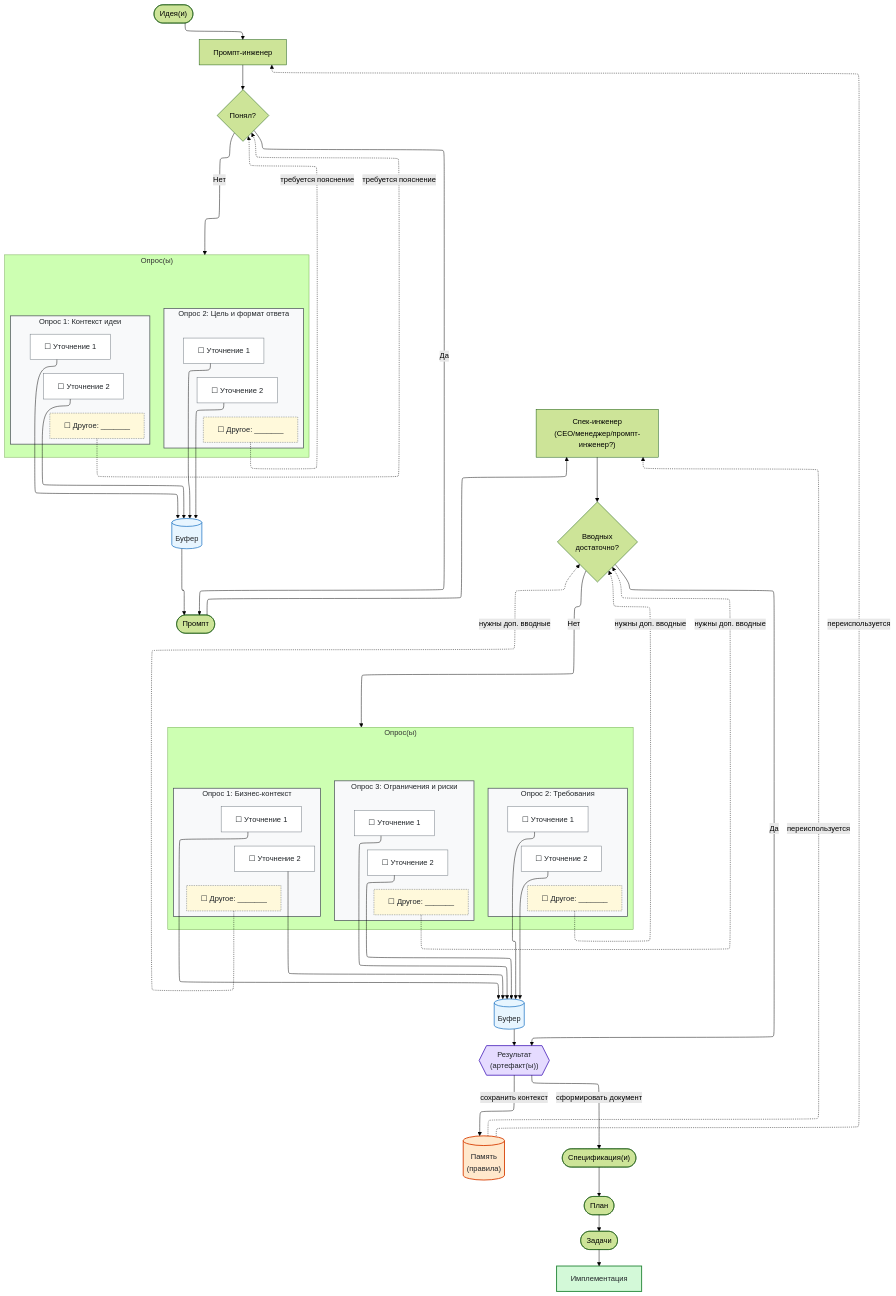
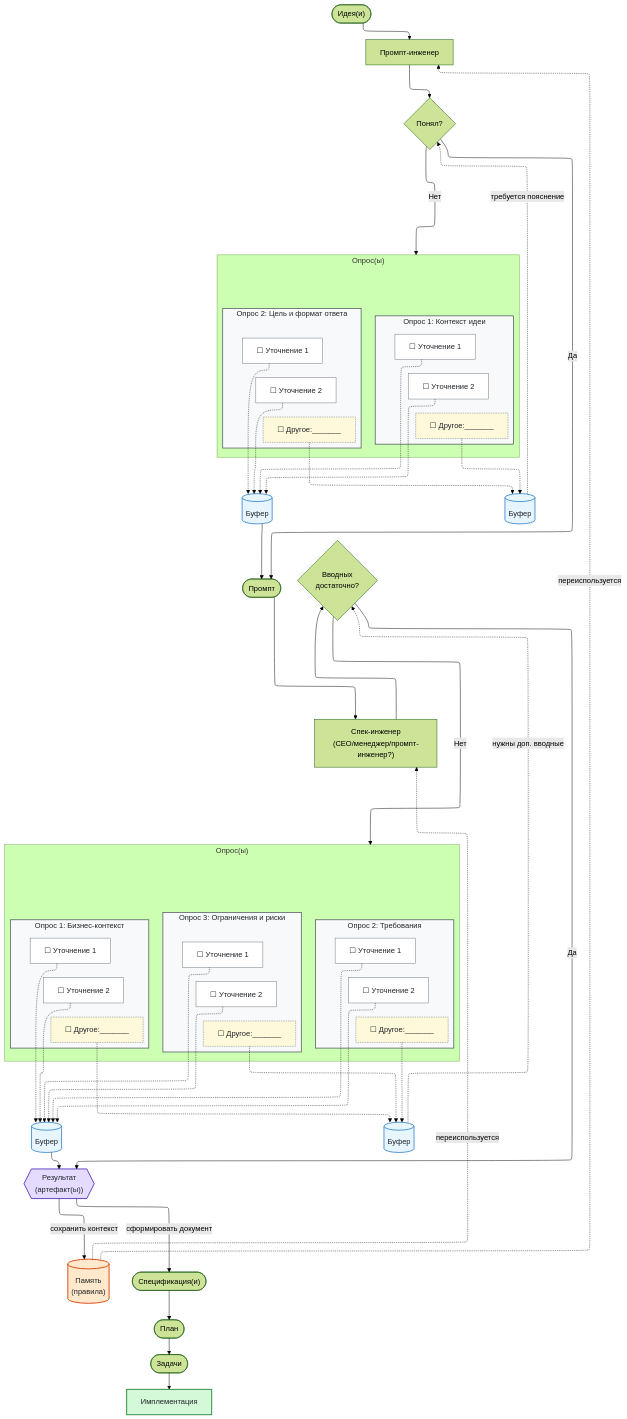
The diagram in .drafts/блок-схема.md (teratron/magic-spec), drawn with Mermaid (forest theme) before and after one commit. The commit also changed 1 other file, not shown here.

Commit message:
fix: Update flowchart prompts for clarity and consistency

```diff
--- a/.drafts/блок-схема.md
+++ b/.drafts/блок-схема.md
@@ -21,7 +21,7 @@
             direction TB
             p1a["☐ Уточнение 1"]
             p1b["☐ Уточнение 2"]
-            p1x["☐ Другое: _______"]
+            p1x["☐ Другое:_______"]
             p1a ~~~ p1b
             p1b ~~~ p1x
         end
@@ -30,7 +30,7 @@
             direction TB
             p2a["☐ Уточнение 1"]
             p2b["☐ Уточнение 2"]
-            p2x["☐ Другое: _______"]
+            p2x["☐ Другое:_______"]
             p2a ~~~ p2b
             p2b ~~~ p2x
         end
@@ -38,11 +38,12 @@
 
     A & B & C ~~~ OP & OP1 & OP2
 
-    p1a & p1b & p2a & p2b --> BF[("Буфер")]
-    p1x & p2x -.->|требуется пояснение| C
+    p1a & p1b & p2a & p2b -.-> BF[("Буфер")]
+    p1x & p2x -.-> BFX[("Буфер")]
 
     %% сборка артефакта из буфера всех уточнений
     BF --> E(["Промпт"])
+    BFX -.->|требуется пояснение| C
     C -->|Да| E
 
     %% не даёт "Промпт" всплыть на уровень "Буфер"
@@ -59,7 +60,7 @@
             direction TB
             q1a["☐ Уточнение 1"]
             q1b["☐ Уточнение 2"]
-            q1x["☐ Другое: _______"]
+            q1x["☐ Другое:_______"]
             q1a ~~~ q1b
             q1b ~~~ q1x
         end
@@ -68,7 +69,7 @@
             direction TB
             q2a["☐ Уточнение 1"]
             q2b["☐ Уточнение 2"]
-            q2x["☐ Другое: _______"]
+            q2x["☐ Другое:_______"]
             q2a ~~~ q2b
             q2b ~~~ q2x
         end
@@ -77,7 +78,7 @@
             direction TB
             q3a["☐ Уточнение 1"]
             q3b["☐ Уточнение 2"]
-            q3x["☐ Другое: _______"]
+            q3x["☐ Другое:_______"]
             q3a ~~~ q3b
             q3b ~~~ q3x
         end
@@ -85,10 +86,11 @@
 
     E & F & G ~~~ QS & QS1 & QS2 & QS3
 
-    q1a & q1b & q2a & q2b & q3a & q3b --> SB[("Буфер")]
-    q1x & q2x & q3x -.->|нужны доп. вводные| G
+    q1a & q1b & q2a & q2b & q3a & q3b -.-> SB[("Буфер")]
+    q1x & q2x & q3x -.-> SBX[("Буфер")]
 
     SB --> R{{"Результат<br />(артефакт(ы))"}}
+    SBX -.->|нужны доп. вводные| G
     G -->|Да| R
 
     %% не даёт "Артефакты" всплыть на уровень "Буфер"
@@ -115,7 +117,7 @@
 
     class p1a,p1b,p2a,p2b,q1a,q1b,q2a,q2b,q3a,q3b item
     class p1x,p2x,q1x,q2x,q3x other
-    class BF,SB buffer
+    class BF,SB,BFX,SBX buffer
     class R hub
     class M store
     class K work
```
